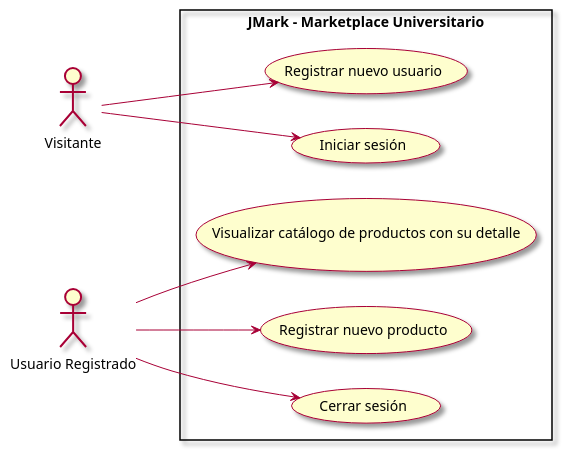
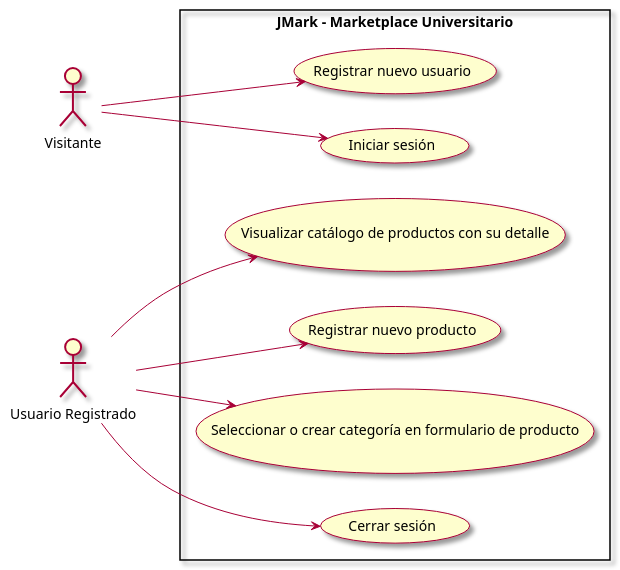
Before and after one commit to 2005-jjbs/Proyecto_Final_Fundamentos: the diagram in docs/casos-de-uso.md, drawn with PlantUML. The commit also changed other lines of this file and 5 other files, not shown here.

Commit message:
Agregar caso de uso para seleccionar o crear categoría en formulario de producto

````diff
--- a/docs/casos-de-uso.md
+++ b/docs/casos-de-uso.md
@@ -5,19 +5,20 @@
 ```plantuml
 @startuml
 left to right direction
 skin rose
 
 actor Visitante
 actor "Usuario Registrado" as Usuario
 
 rectangle "JMark - Marketplace Universitario" {
 
     Visitante --> (Registrar nuevo usuario)
     Visitante --> (Iniciar sesión)
     
     Usuario --> (Visualizar catálogo de productos con su detalle)
     Usuario --> (Registrar nuevo producto)
+    Usuario --> (Seleccionar o crear categoría en formulario de producto)
     Usuario --> (Cerrar sesión)
 }
 @enduml
 ```
````
